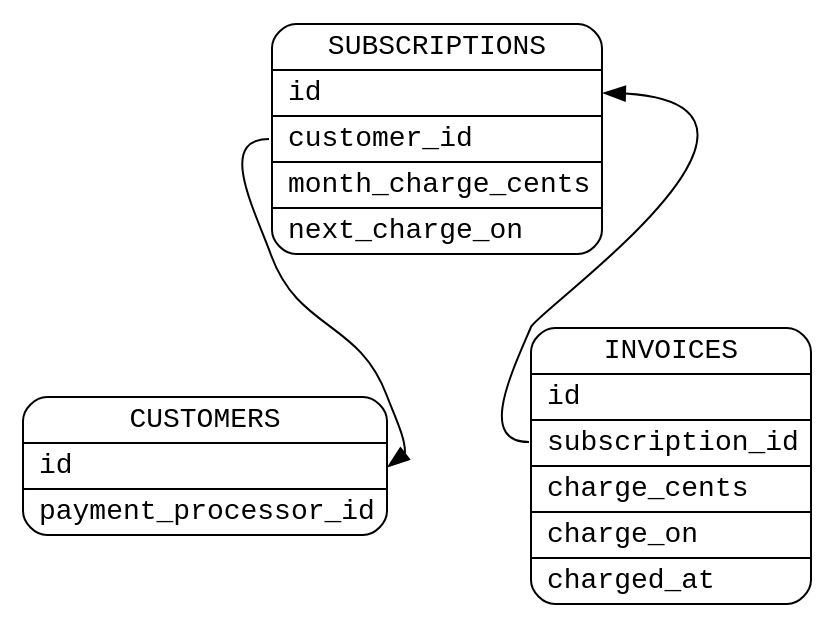
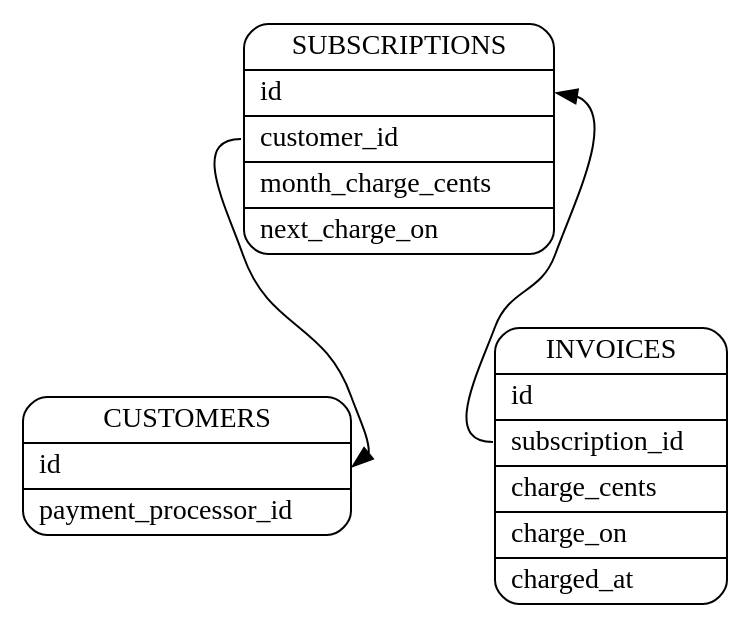
One commit to davetron5000/naildrivin5.com changed the diagram in images/batch-jobs-invoices.dot. Above: the diagram before and after it, drawn with Graphviz. The commit also changed 197 other files, not shown here.

```diff
--- a/images/batch-jobs-invoices.dot
+++ b/images/batch-jobs-invoices.dot
@@ -1,15 +1,15 @@
 digraph G {
 
   rankdir="TB"
   nodesep=1
   compound=true
-  node[shape=Mrecord fontname="Courier New"]
+  node[shape=Mrecord fontname="Monaspace Krypton Var"]
 
   Subscriptions:customer_id -> Customers:id
   Invoices:subscription_id  -> Subscriptions:id
 
   Subscriptions[label="{SUBSCRIPTIONS|<id>id\l|<customer_id>customer_id\l|month_charge_cents\l|next_charge_on\l}"]
   Customers[label="{CUSTOMERS|<id>id\l|payment_processor_id\l}"]
   Invoices[label="{INVOICES|<id>id\l|<subscription_id>subscription_id\l|charge_cents\l|charge_on\l|charged_at\l}"]
   { rank=same; Invoices; Customers }
 }
```
